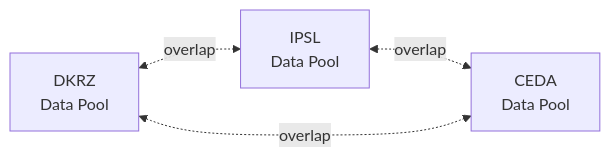
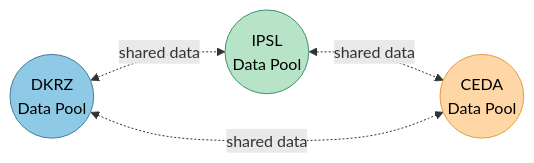
The sixth of 18 diagrams in ARCH_ESGF2.md (roocs/rook), drawn with Mermaid before and after one commit. The commit also changed other lines of this file, not shown here.

````diff
--- a/ARCH_ESGF2.md
+++ b/ARCH_ESGF2.md
@@ -208,10 +207,14 @@
 ```mermaid
 flowchart LR
-    DE[DKRZ<br/>Data Pool]
-    FR[IPSL<br/>Data Pool]
-    UK[CEDA<br/>Data Pool]
+    DE((DKRZ<br/>Data Pool))
+    FR((IPSL<br/>Data Pool))
+    UK((CEDA<br/>Data Pool))
 
-    DE <-. overlap .-> FR
-    FR <-. overlap .-> UK
-    DE <-. overlap .-> UK
+    DE <-. shared data .-> FR
+    FR <-. shared data .-> UK
+    DE <-. shared data .-> UK
+
+    style DE fill:#8ecae6,stroke:#457b9d,color:#000
+    style FR fill:#b7e4c7,stroke:#40916c,color:#000
+    style UK fill:#ffd6a5,stroke:#e09f3e,color:#000
 ```
````
